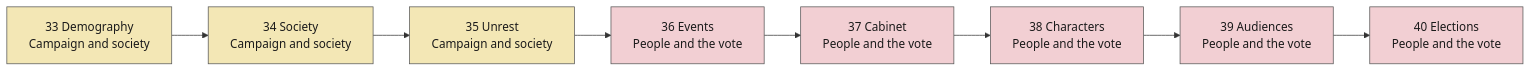
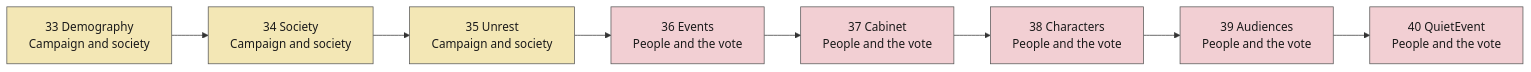
One commit to powerbassist/World-simulator changed the fifth of 6 diagrams in docs/tick-order.md. Above: the diagram before and after it, drawn with Mermaid. The commit also changed other lines of this file and 28 other files, not shown here.

````diff
--- a/docs/tick-order.md
+++ b/docs/tick-order.md
@@ -105,18 +105,18 @@
 ```mermaid
 flowchart LR
   s33["33 Demography<br/>Campaign and society"]:::g4
   s34["34 Society<br/>Campaign and society"]:::g4
   s35["35 Unrest<br/>Campaign and society"]:::g4
   s36["36 Events<br/>People and the vote"]:::g5
   s37["37 Cabinet<br/>People and the vote"]:::g5
   s38["38 Characters<br/>People and the vote"]:::g5
   s39["39 Audiences<br/>People and the vote"]:::g5
-  s40["40 Elections<br/>People and the vote"]:::g5
+  s40["40 QuietEvent<br/>People and the vote"]:::g5
   s33 --> s34 --> s35 --> s36 --> s37 --> s38 --> s39 --> s40
   classDef g0 fill:#cfe3f7,stroke:#555,color:#1a1a1a
   classDef g1 fill:#f6dcc2,stroke:#555,color:#1a1a1a
   classDef g2 fill:#dccff0,stroke:#555,color:#1a1a1a
   classDef g3 fill:#cdebd3,stroke:#555,color:#1a1a1a
   classDef g4 fill:#f3e7b5,stroke:#555,color:#1a1a1a
   classDef g5 fill:#f2cfd3,stroke:#555,color:#1a1a1a
 ```
````
